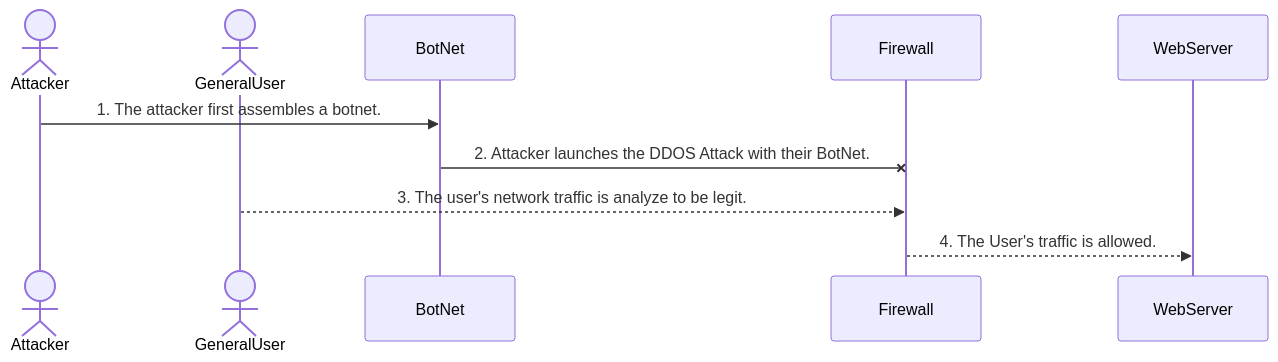
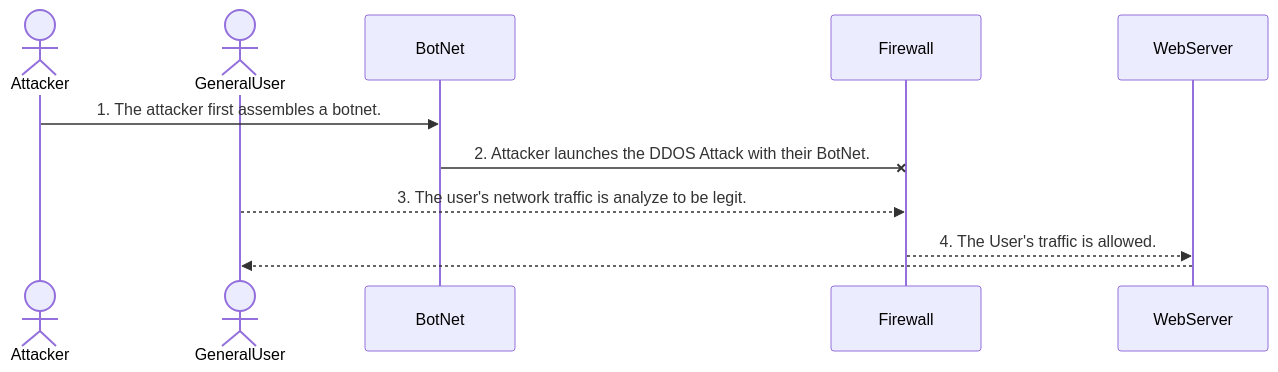
One commit to lawranger/DDoS_Attack_Sequence.md changed the second of 2 diagrams in README.md. Above: the diagram before and after it, drawn with Mermaid.

````diff
--- a/README.md
+++ b/README.md
@@ -27,13 +27,14 @@
 ```mermaid
 sequenceDiagram
 actor Attacker
 actor GeneralUser
 participant BotNet
 participant Firewall
 participant WebServer
 
 Attacker->>BotNet: 1. The attacker first assembles a botnet.
 BotNet-xFirewall: 2. Attacker launches the DDOS Attack with their BotNet.
 GeneralUser-->>Firewall: 3. The user's network traffic is analyze to be legit.
-Firewall-->>WebServer: 4. The User's traffic is allowed. 
+Firewall-->>WebServer: 4. The User's traffic is allowed.
+WebServer-->>GeneralUser:
 ```
````
